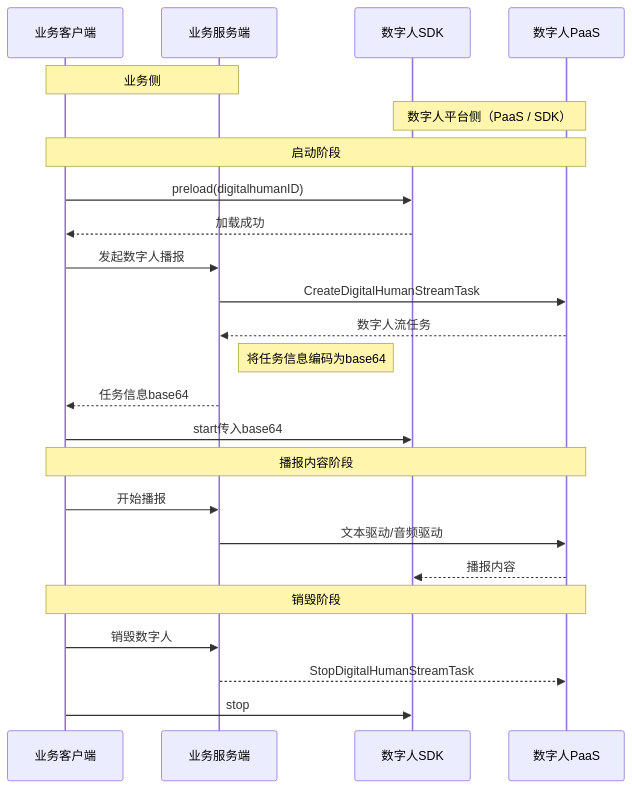
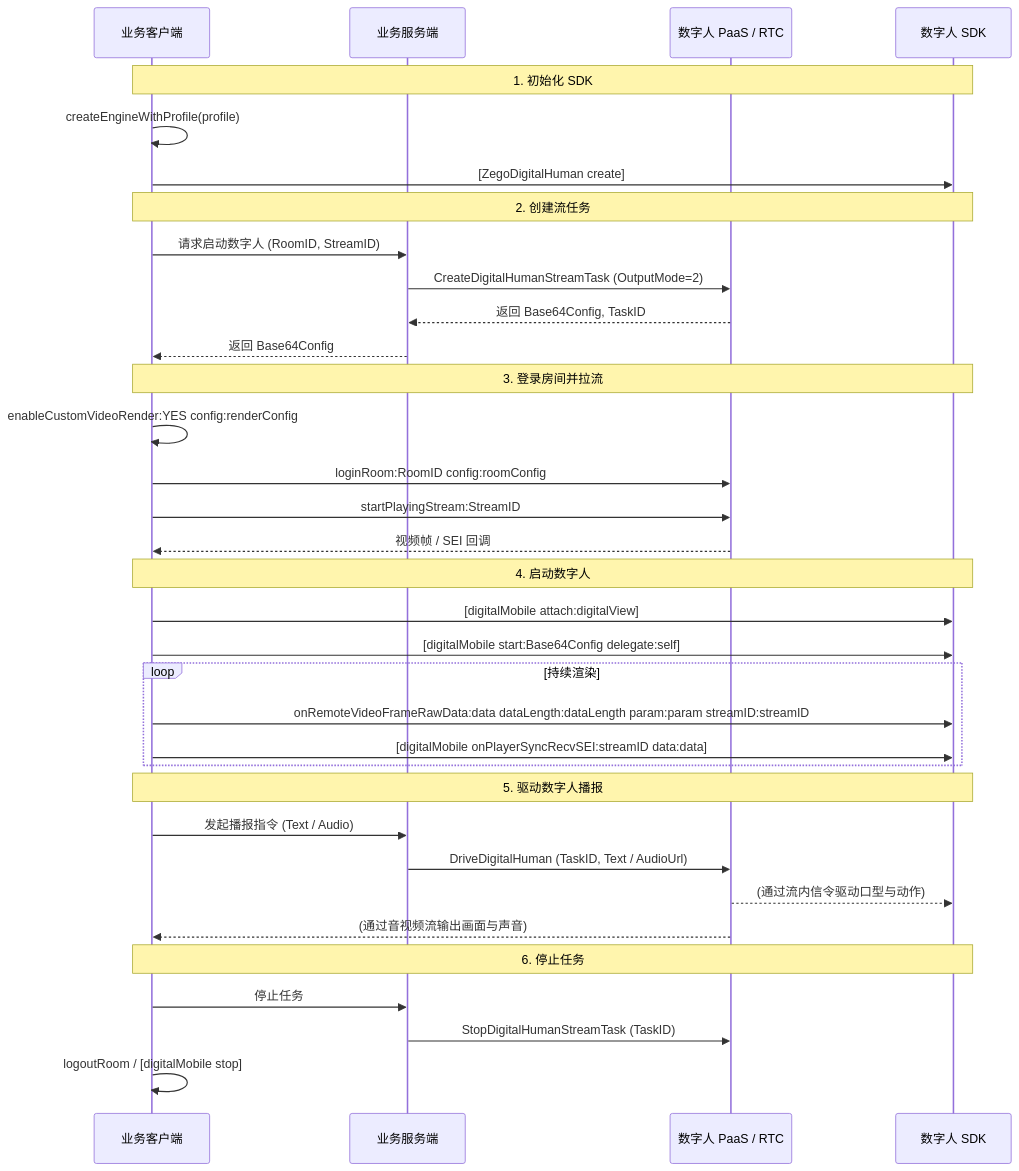
Before and after one commit to ZEGOCLOUD/docs_all: the second of 3 diagrams in core_products/digital-human/zh/android/quick-start.mdx, drawn with Mermaid. The commit also changed other lines of this file and 15 other files, not shown here.

````diff
--- a/core_products/digital-human/zh/android/quick-start.mdx
+++ b/core_products/digital-human/zh/android/quick-start.mdx
@@ -152,30 +121,42 @@
 ```mermaid
 sequenceDiagram
-    participant 业务客户端
-    participant 业务服务端
-    participant 数字人SDK
-    participant 数字人PaaS
+    participant Client as 业务客户端
+    participant Server as 业务服务端
+    participant PaaS as 数字人 PaaS / RTC
+    participant DH_SDK as 数字人 SDK
 
-    Note over 业务客户端,业务服务端: 业务侧
-    Note over 数字人SDK,数字人PaaS: 数字人平台侧（PaaS / SDK）
+    Note over Client, DH_SDK: 1. 初始化 SDK
+    Client->>Client: createEngineWithProfile(profile)
+    Client->>DH_SDK: [ZegoDigitalHuman create]
 
-    Note over 业务客户端,数字人PaaS: 启动阶段
-    业务客户端->>数字人SDK: preload(digitalhumanID)
-    数字人SDK-->>业务客户端: 加载成功
-    业务客户端->>业务服务端: 发起数字人播报
-    业务服务端->>数字人PaaS: CreateDigitalHumanStreamTask
-    数字人PaaS-->>业务服务端: 数字人流任务
-    Note right of 业务服务端: 将任务信息编码为base64
-    业务服务端-->>业务客户端: 任务信息base64
-    业务客户端->>数字人SDK: start传入base64
+    Note over Client, DH_SDK: 2. 创建流任务
+    Client->>Server: 请求启动数字人 (RoomID, StreamID)
+    Server->>PaaS: CreateDigitalHumanStreamTask (OutputMode=2)
+    PaaS-->>Server: 返回 Base64Config, TaskID
+    Server-->>Client: 返回 Base64Config
 
-    Note over 业务客户端,数字人PaaS: 播报内容阶段
-    业务客户端->>业务服务端: 开始播报
-    业务服务端->>数字人PaaS: 文本驱动/音频驱动
-    数字人PaaS-->>数字人SDK: 播报内容
+    Note over Client, DH_SDK: 3. 登录房间并拉流
+    Client->>Client: enableCustomVideoRender:YES config:renderConfig
+    Client->>PaaS: loginRoom:RoomID config:roomConfig
+    Client->>PaaS: startPlayingStream:StreamID
+    PaaS-->>Client: 视频帧 / SEI 回调
 
-    Note over 业务客户端,数字人PaaS: 销毁阶段
-    业务客户端->>业务服务端: 销毁数字人
-    业务服务端-->>数字人PaaS: StopDigitalHumanStreamTask
-    业务客户端->>数字人SDK: stop
+    Note over Client, DH_SDK: 4. 启动数字人
+    Client->>DH_SDK: [digitalMobile attach:digitalView]
+    Client->>DH_SDK: [digitalMobile start:Base64Config delegate:self]
+    loop 持续渲染
+        Client->>DH_SDK: onRemoteVideoFrameRawData:data dataLength:dataLength param:param streamID:streamID
+        Client->>DH_SDK: [digitalMobile onPlayerSyncRecvSEI:streamID data:data]
+    end
+
+    Note over Client, DH_SDK: 5. 驱动数字人播报
+    Client->>Server: 发起播报指令 (Text / Audio)
+    Server->>PaaS: DriveDigitalHuman (TaskID, Text / AudioUrl)
+    PaaS-->>DH_SDK: (通过流内信令驱动口型与动作)
+    PaaS-->>Client: (通过音视频流输出画面与声音)
+
+    Note over Client, DH_SDK: 6. 停止任务
+    Client->>Server: 停止任务
+    Server->>PaaS: StopDigitalHumanStreamTask (TaskID)
+    Client->>Client: logoutRoom / [digitalMobile stop]
 ```
````
